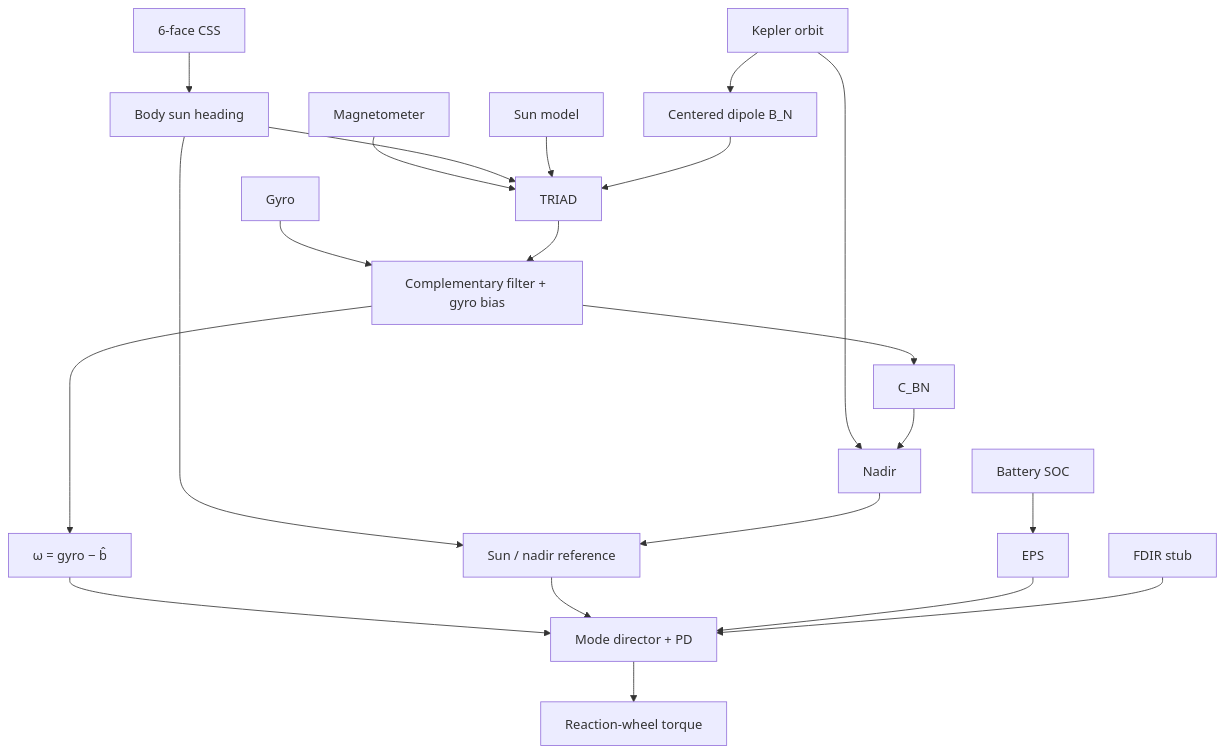
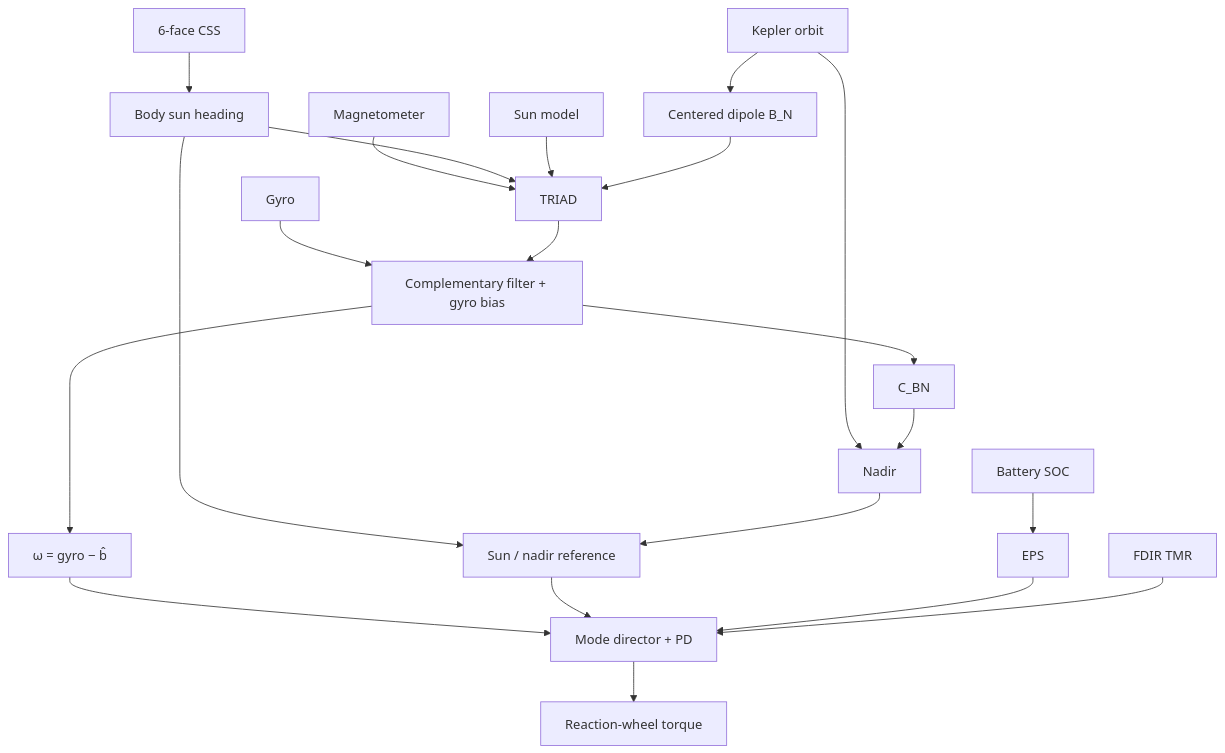
Before and after one commit to niquimi/adcs-flight-software: the second of 3 diagrams in README.md, drawn with Mermaid. The commit also changed other lines of this file and 5 other files, not shown here.

````diff
--- a/README.md
+++ b/README.md
@@ -49,23 +50,23 @@
 ```mermaid
 flowchart TB
     CSS[6-face CSS] --> CssWls[Body sun heading]
     Gyro[Gyro] --> Filter
     Mag[Magnetometer] --> TRIAD
     CssWls --> TRIAD
     Kepler[Kepler orbit] --> Nadir
     Kepler --> Dipole[Centered dipole B_N]
     SunN[Sun model] --> TRIAD
     Dipole --> TRIAD
     TRIAD --> Filter[Complementary filter + gyro bias]
     Filter --> CBN[C_BN]
     CBN --> Nadir
     Filter --> Omega["ω = gyro − b̂"]
     CssWls --> Ref[Sun / nadir reference]
     Nadir --> Ref
     Omega --> Modes[Mode director + PD]
     Ref --> Modes
     SOC[Battery SOC] --> EPS[EPS]
     EPS --> Modes
-    FDIR[FDIR stub] --> Modes
+    FDIR[FDIR TMR] --> Modes
     Modes --> RW[Reaction-wheel torque]
 ```
````
